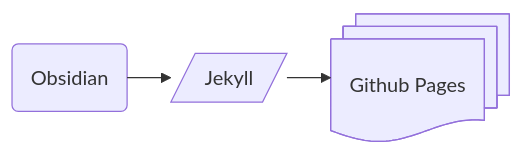
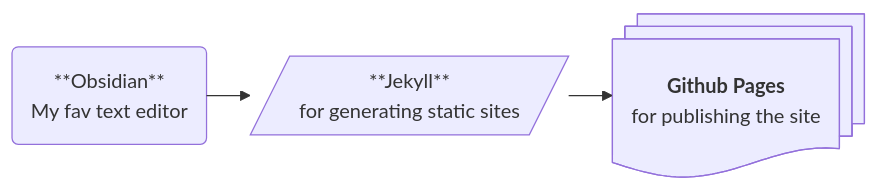
The diagram in _posts/2025-02-20-Obsidian-Jekyll-and-Github.md (jsade/jsade.github.io), drawn with Mermaid before and after one commit. The commit also changed other lines of this file, not shown here.

````diff
--- a/_posts/2025-02-20-Obsidian-Jekyll-and-Github.md
+++ b/_posts/2025-02-20-Obsidian-Jekyll-and-Github.md
@@ -19,7 +24,7 @@
 ```mermaid
 %%{init: {"flowchart": {"defaultRenderer": "elk"}} }%%
 graph LR;
-	A("Obsidian") --> B[/"Jekyll"/] --> C@{ shape: docs, label: "Github Pages" }
+	A("**Obsidian**<br>My fav text editor") --> B[/"**Jekyll**<br>for generating static sites"/] --> C@{ shape: docs, label: "**Github Pages**<br>for publishing the site" }
 
 
 ```
````
